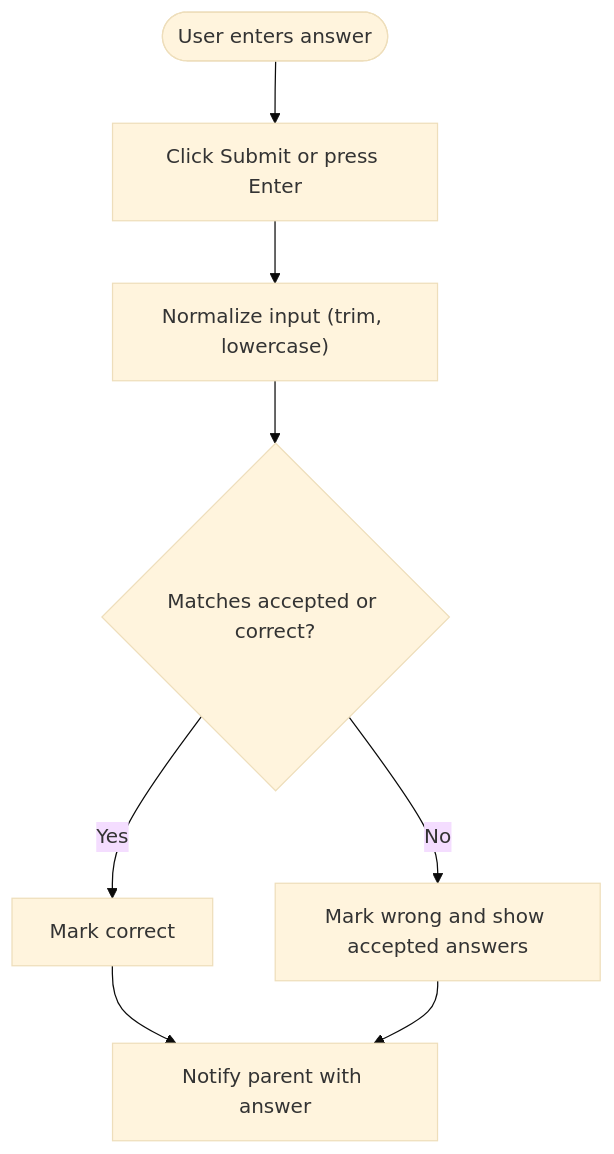
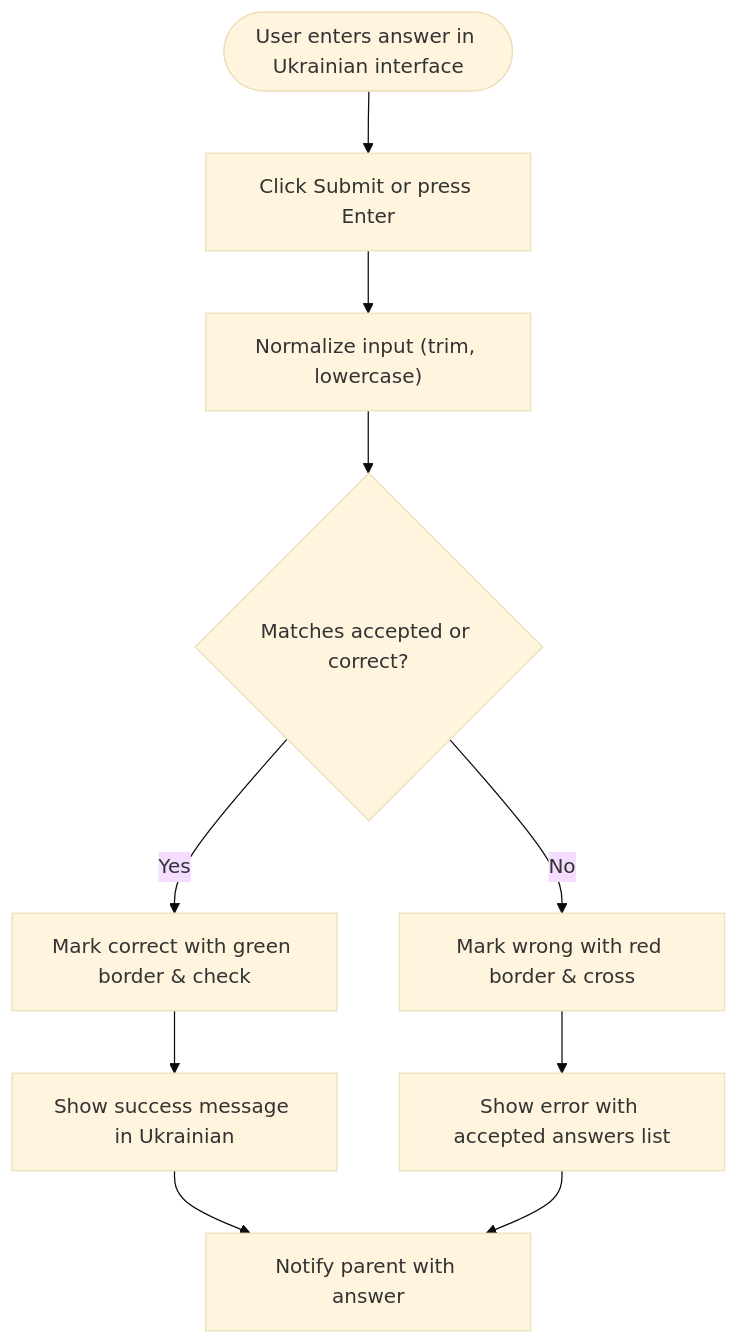
The fifth of 10 diagrams in .qoder/repowiki/en/content/Core Features/Learning Interface/Learning Interface.md (AlexKutz/math-app-next-js), drawn with Mermaid (base theme) before and after one commit. The commit also changed other lines of this file and 9 other files, not shown here.

````diff
--- a/.qoder/repowiki/en/content/Core Features/Learning Interface/Learning Interface.md
+++ b/.qoder/repowiki/en/content/Core Features/Learning Interface/Learning Interface.md
@@ -242,10 +292,12 @@
 ```mermaid
 flowchart TD
-Start(["User enters answer"]) --> Submit["Click Submit or press Enter"]
+Start(["User enters answer in Ukrainian interface"]) --> Submit["Click Submit or press Enter"]
 Submit --> Normalize["Normalize input (trim, lowercase)"]
 Normalize --> Compare{"Matches accepted or correct?"}
-Compare --> |Yes| MarkRight["Mark correct"]
-Compare --> |No| MarkWrong["Mark wrong and show accepted answers"]
-MarkRight --> Parent["Notify parent with answer"]
-MarkWrong --> Parent
+Compare --> |Yes| MarkRight["Mark correct with green border & check"]
+Compare --> |No| MarkWrong["Mark wrong with red border & cross"]
+MarkRight --> ShowSuccess["Show success message in Ukrainian"]
+MarkWrong --> ShowError["Show error with accepted answers list"]
+ShowSuccess --> Parent["Notify parent with answer"]
+ShowError --> Parent
 ```
````
